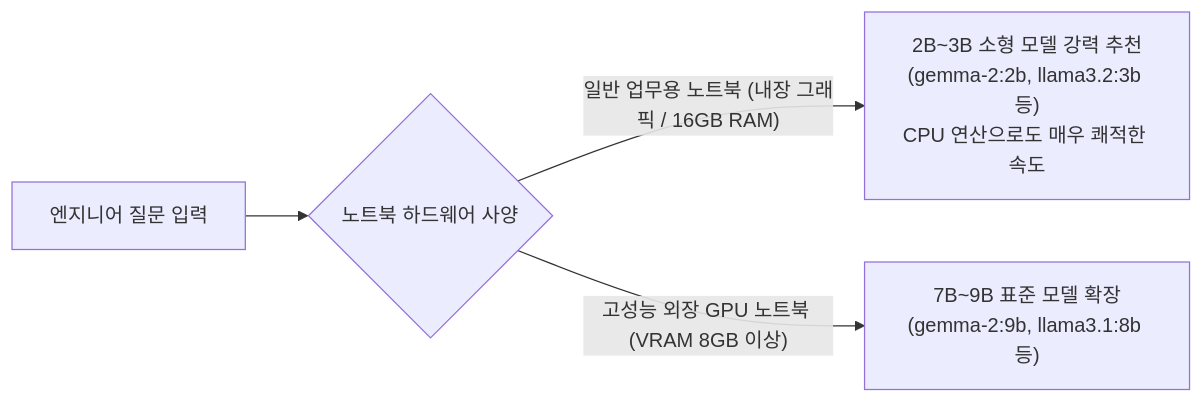
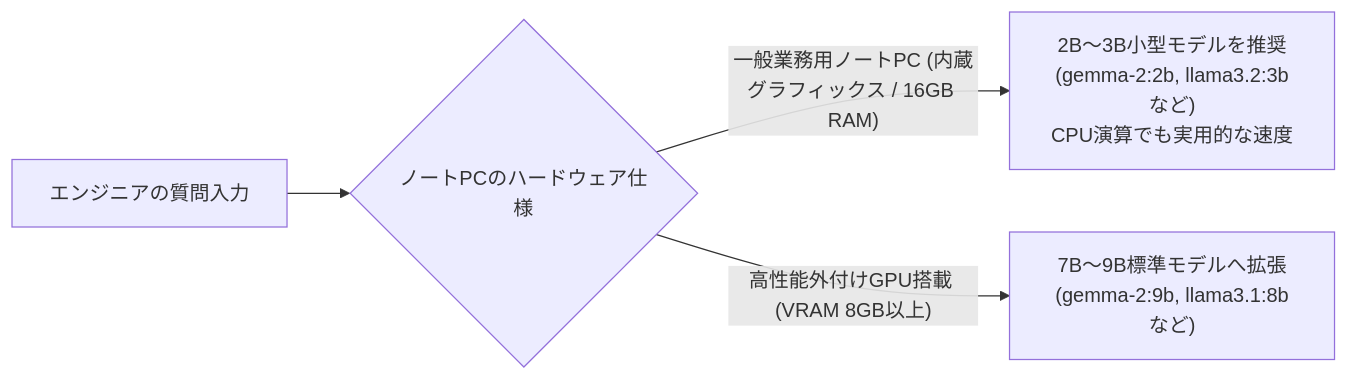
Before and after one commit to CheolKyunYU/cknotes: the second of 2 diagrams in content/posts/ollama-01-local-llm-intro/index.jp.md, drawn with Mermaid. The commit also changed other lines of this file and 40 other files, not shown here.

````diff
--- a/content/posts/ollama-01-local-llm-intro/index.jp.md
+++ b/content/posts/ollama-01-local-llm-intro/index.jp.md
@@ -101,6 +99,6 @@
 ```mermaid
 flowchart LR
-    Prompt["엔지니어 질문 입력"] --> MemCheck{"노트북 하드웨어 사양"}
-    MemCheck -->|"일반 업무용 노트북 (내장 그래픽 / 16GB RAM)"| sLLM["2B~3B 소형 모델 강력 추천<br/>(gemma-2:2b, llama3.2:3b 등)<br/>CPU 연산으로도 매우 쾌적한 속도"]
-    MemCheck -->|"고성능 외장 GPU 노트북 (VRAM 8GB 이상)"| LLM8B["7B~9B 표준 모델 확장<br/>(gemma-2:9b, llama3.1:8b 등)"]
+    Prompt["エンジニアの質問入力"] --> MemCheck{"ノートPCのハードウェア仕様"}
+    MemCheck -->|"一般業務用ノートPC (内蔵グラフィックス / 16GB RAM)"| sLLM["2B〜3B小型モデルを推奨<br/>(gemma-2:2b, llama3.2:3bなど)<br/>CPU演算でも実用的な速度"]
+    MemCheck -->|"高性能外付けGPU搭載 (VRAM 8GB以上)"| LLM8B["7B〜9B標準モデルへ拡張<br/>(gemma-2:9b, llama3.1:8bなど)"]
 ```
````
